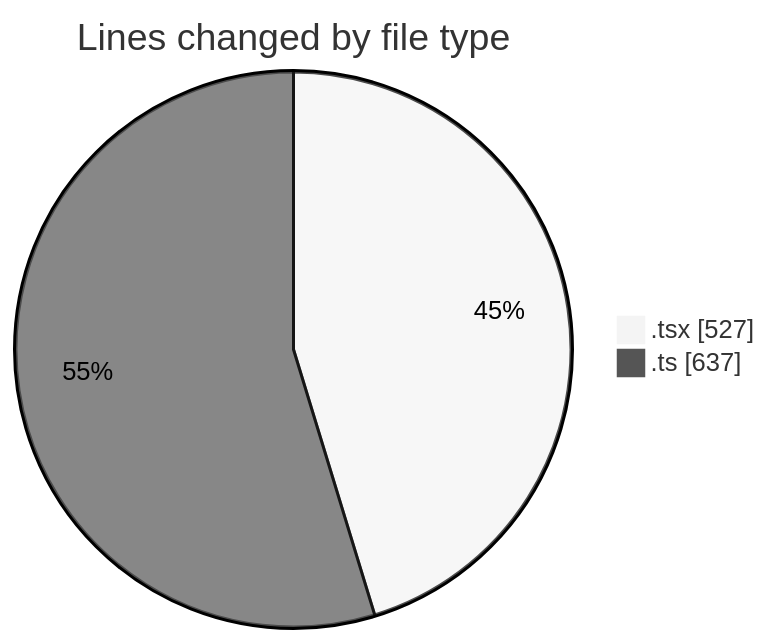
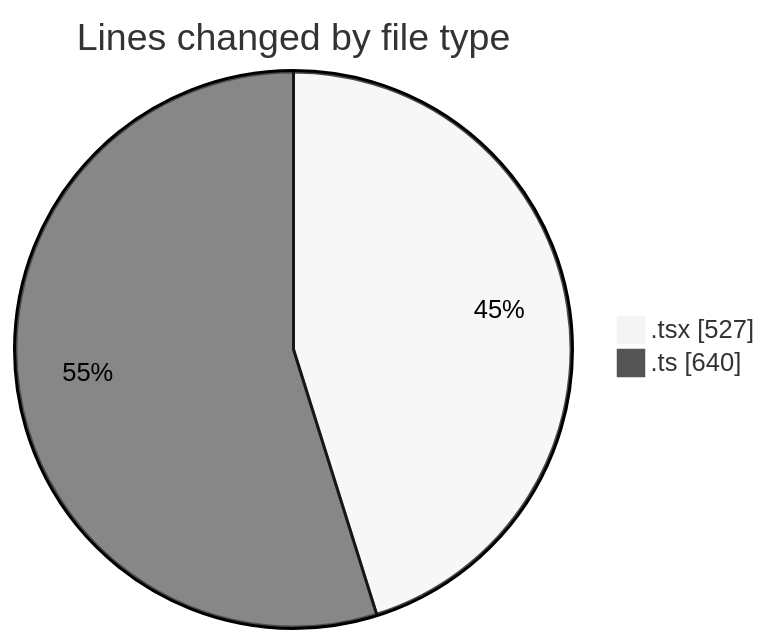
The first of 2 diagrams in 2026-02-24/nxtqube_webapp/README.md (nxtqubesakshisongat/code-tracking), drawn with Mermaid (neutral theme) before and after one commit. The commit also changed other lines of this file and 1 other file, not shown here.

````diff
--- a/2026-02-24/nxtqube_webapp/README.md
+++ b/2026-02-24/nxtqube_webapp/README.md
@@ -24,6 +24,6 @@
 ```mermaid
 pie showData
 title Lines changed by file type
 ".tsx" : 527
-".ts" : 637
+".ts" : 640
 ```
````
